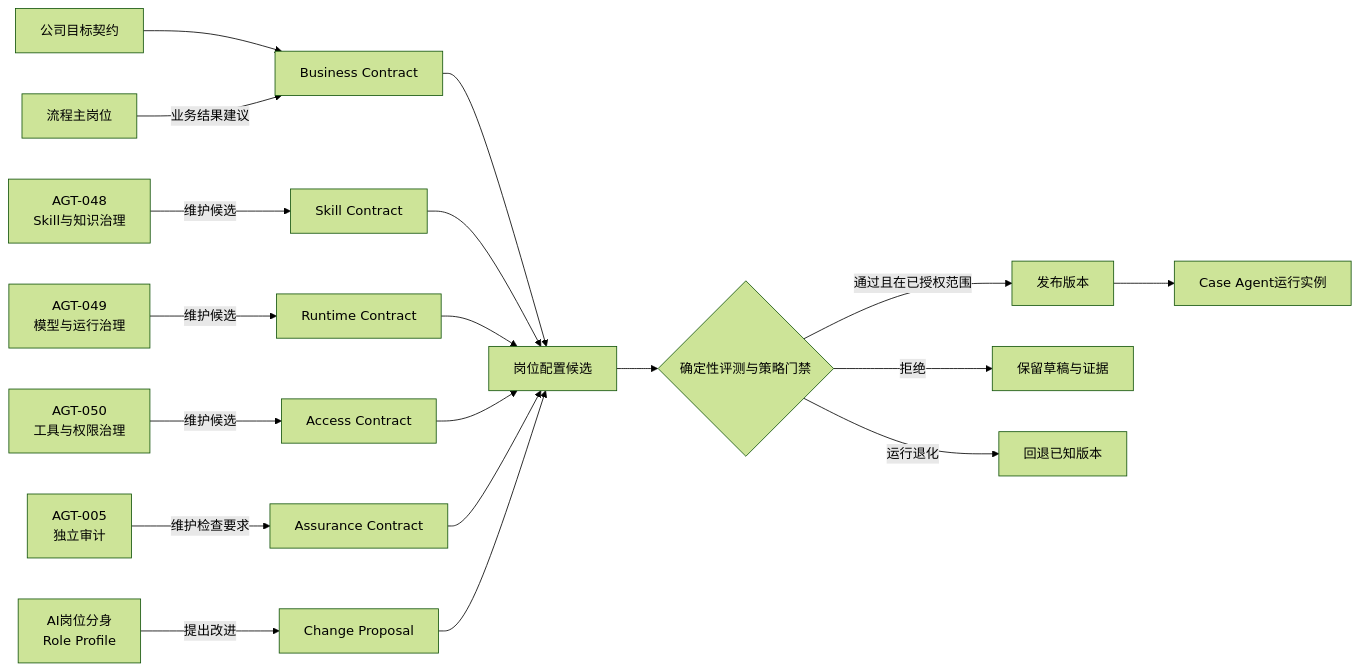
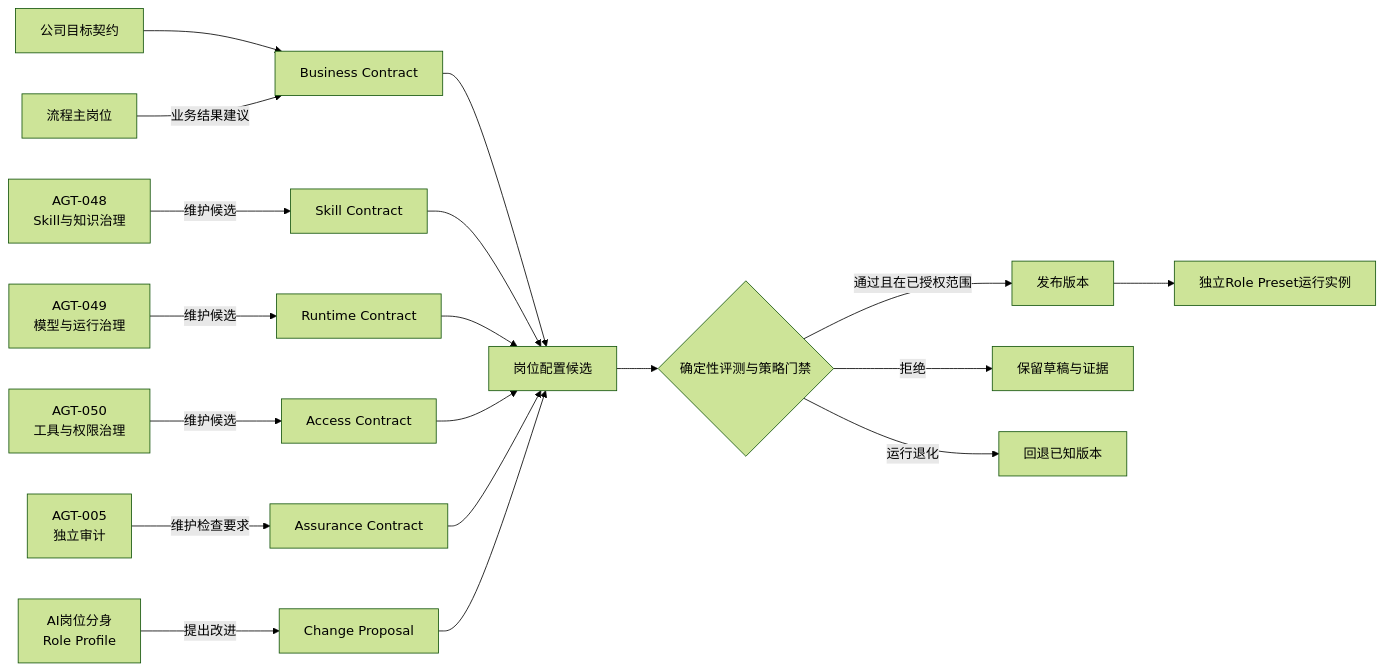
Before and after one commit to zjgulai/AI-Native-Organization: the diagram in docs/05-agents/AGENT-MANAGEMENT-GRAPH.md, drawn with Mermaid (forest theme). The commit also changed other lines of this file and 188 other files, not shown here.

````diff
--- a/docs/05-agents/AGENT-MANAGEMENT-GRAPH.md
+++ b/docs/05-agents/AGENT-MANAGEMENT-GRAPH.md
@@ -7,22 +7,22 @@
 ```mermaid
 flowchart LR
   O[公司目标契约] --> B[Business Contract]
   R[AI岗位分身<br/>Role Profile] -->|提出改进| Q[Change Proposal]
   F[流程主岗位] -->|业务结果建议| B
   K[AGT-048<br/>Skill与知识治理] -->|维护候选| S[Skill Contract]
   U[AGT-049<br/>模型与运行治理] -->|维护候选| T[Runtime Contract]
   X[AGT-050<br/>工具与权限治理] -->|维护候选| A[Access Contract]
   V[AGT-005<br/>独立审计] -->|维护检查要求| E[Assurance Contract]
 
   B --> C[岗位配置候选]
   S --> C
   T --> C
   A --> C
   E --> C
   Q --> C
   C --> G{确定性评测与策略门禁}
   G -->|通过且在已授权范围| P[发布版本]
   G -->|拒绝| D[保留草稿与证据]
-  P --> I[Case Agent运行实例]
+  P --> I[独立Role Preset运行实例]
   G -->|运行退化| L[回退已知版本]
 ```
````
